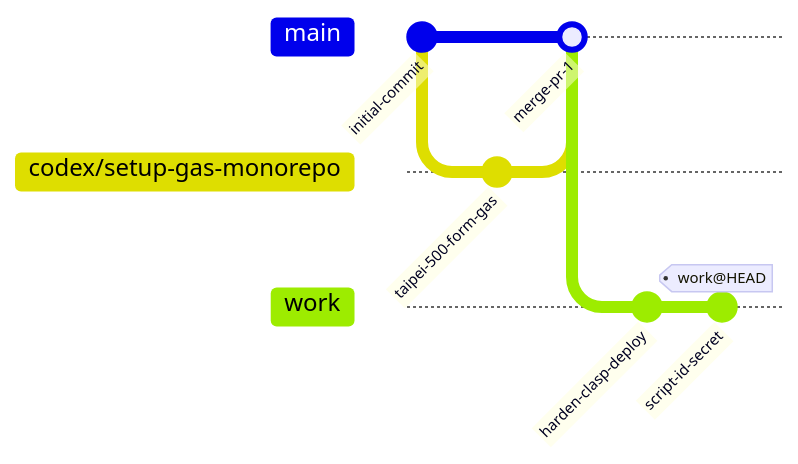
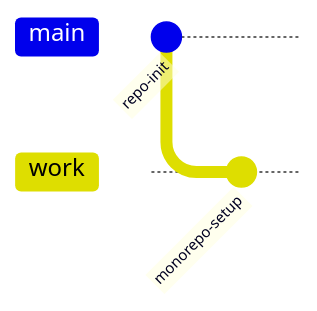
One commit to muyueh/clasp-from-fresh changed the first of 5 diagrams in README.md. Above: the diagram before and after it, drawn with Mermaid. The commit also changed other lines of this file and 2 other files, not shown here.

Commit message:
Revert "Harden clasp deploy workflow"

````diff
--- a/README.md
+++ b/README.md
@@ -3,12 +3,7 @@
 ```mermaid
 gitGraph
-  commit id: "initial-commit"
-  branch codex/setup-gas-monorepo
-  commit id: "taipei-500-form-gas"
-  checkout main
-  merge codex/setup-gas-monorepo id: "merge-pr-1"
+  commit id: "repo-init"
   branch work
   checkout work
-  commit id: "harden-clasp-deploy"
-  commit id: "script-id-secret" tag: "work@HEAD"
+  commit id: "monorepo-setup"
 ```
````
